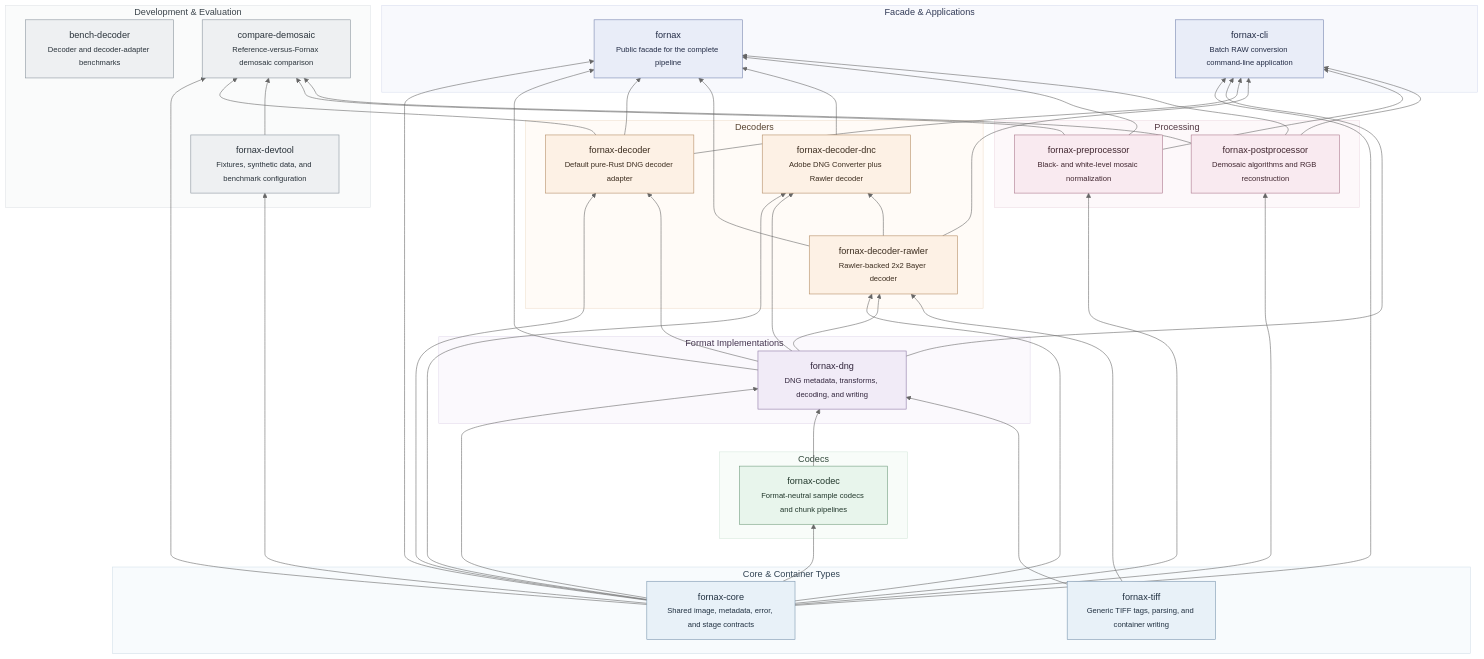
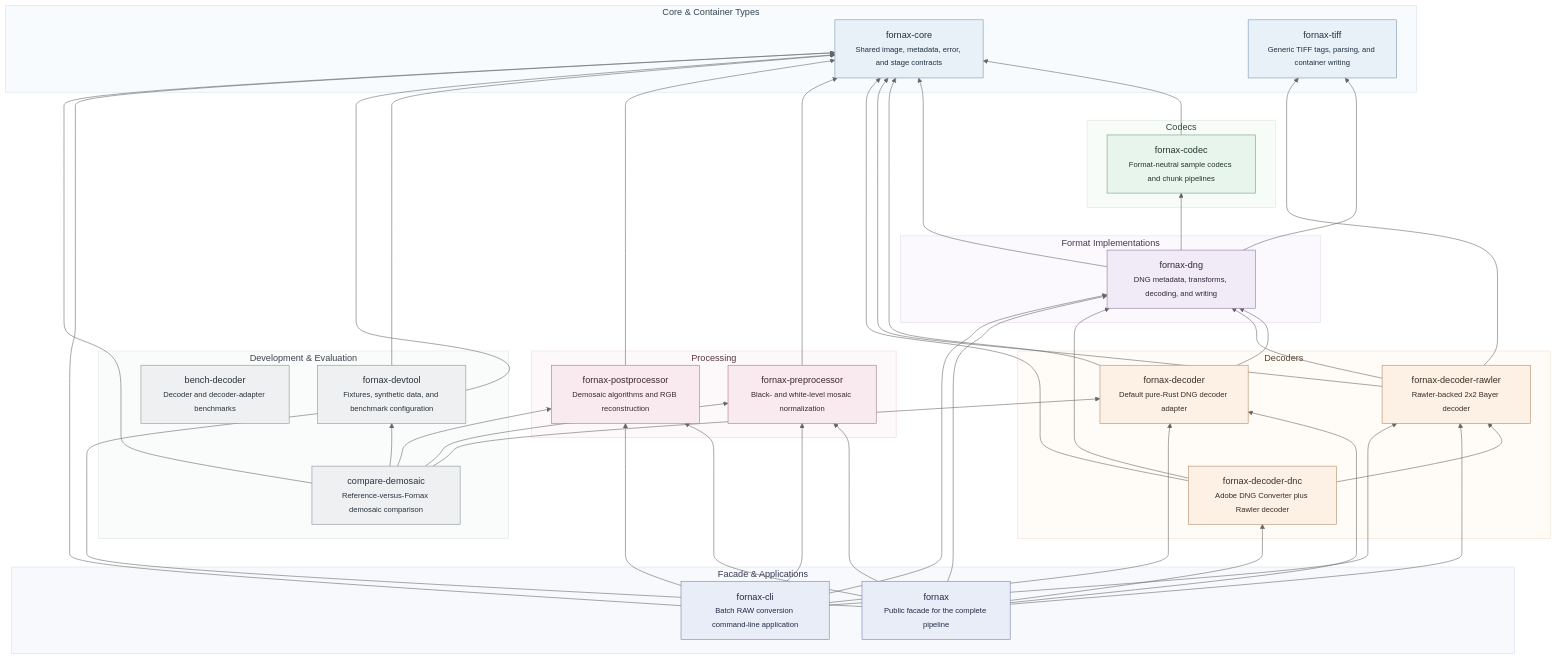
The diagram in README.md (Glatzel/fornax), drawn with Mermaid (neutral theme) before and after one commit. The commit also changed other lines of this file, not shown here.

Commit message:
docs: correct crate graph arrow direction

```diff
--- a/README.md
+++ b/README.md
@@ -77,44 +76,44 @@
         COMPARE_DEMOSAIC["compare-demosaic<br/><small>Reference-versus-Fornax demosaic comparison</small>"]
     end
 
-    FORNAX_CORE --> FORNAX_CODEC
-    FORNAX_CORE --> FORNAX_DNG
-    FORNAX_CODEC --> FORNAX_DNG
-    FORNAX_TIFF --> FORNAX_DNG
+    FORNAX_CODEC --> FORNAX_CORE
+    FORNAX_DNG --> FORNAX_CORE
+    FORNAX_DNG --> FORNAX_CODEC
+    FORNAX_DNG --> FORNAX_TIFF
 
-    FORNAX_CORE --> FORNAX_DECODER
-    FORNAX_DNG --> FORNAX_DECODER
-    FORNAX_CORE --> FORNAX_DECODER_RAWLER
-    FORNAX_DNG --> FORNAX_DECODER_RAWLER
-    FORNAX_TIFF --> FORNAX_DECODER_RAWLER
-    FORNAX_CORE --> FORNAX_DECODER_DNC
-    FORNAX_DNG --> FORNAX_DECODER_DNC
-    FORNAX_DECODER_RAWLER --> FORNAX_DECODER_DNC
+    FORNAX_DECODER --> FORNAX_CORE
+    FORNAX_DECODER --> FORNAX_DNG
+    FORNAX_DECODER_RAWLER --> FORNAX_CORE
+    FORNAX_DECODER_RAWLER --> FORNAX_DNG
+    FORNAX_DECODER_RAWLER --> FORNAX_TIFF
+    FORNAX_DECODER_DNC --> FORNAX_CORE
+    FORNAX_DECODER_DNC --> FORNAX_DNG
+    FORNAX_DECODER_DNC --> FORNAX_DECODER_RAWLER
 
-    FORNAX_CORE --> FORNAX_PREPROCESSOR
-    FORNAX_CORE --> FORNAX_POSTPROCESSOR
-    FORNAX_CORE --> FORNAX_DEVTOOL
+    FORNAX_PREPROCESSOR --> FORNAX_CORE
+    FORNAX_POSTPROCESSOR --> FORNAX_CORE
+    FORNAX_DEVTOOL --> FORNAX_CORE
 
-    FORNAX_CORE --> FORNAX
-    FORNAX_DNG --> FORNAX
-    FORNAX_DECODER --> FORNAX
-    FORNAX_DECODER_RAWLER --> FORNAX
-    FORNAX_DECODER_DNC --> FORNAX
-    FORNAX_PREPROCESSOR --> FORNAX
-    FORNAX_POSTPROCESSOR --> FORNAX
+    FORNAX --> FORNAX_CORE
+    FORNAX --> FORNAX_DNG
+    FORNAX --> FORNAX_DECODER
+    FORNAX --> FORNAX_DECODER_RAWLER
+    FORNAX --> FORNAX_DECODER_DNC
+    FORNAX --> FORNAX_PREPROCESSOR
+    FORNAX --> FORNAX_POSTPROCESSOR
 
-    FORNAX_CORE --> FORNAX_CLI
-    FORNAX_DNG --> FORNAX_CLI
-    FORNAX_DECODER --> FORNAX_CLI
-    FORNAX_DECODER_RAWLER --> FORNAX_CLI
-    FORNAX_PREPROCESSOR --> FORNAX_CLI
-    FORNAX_POSTPROCESSOR --> FORNAX_CLI
+    FORNAX_CLI --> FORNAX_CORE
+    FORNAX_CLI --> FORNAX_DNG
+    FORNAX_CLI --> FORNAX_DECODER
+    FORNAX_CLI --> FORNAX_DECODER_RAWLER
+    FORNAX_CLI --> FORNAX_PREPROCESSOR
+    FORNAX_CLI --> FORNAX_POSTPROCESSOR
 
-    FORNAX_CORE --> COMPARE_DEMOSAIC
-    FORNAX_DECODER --> COMPARE_DEMOSAIC
-    FORNAX_DEVTOOL --> COMPARE_DEMOSAIC
-    FORNAX_PREPROCESSOR --> COMPARE_DEMOSAIC
-    FORNAX_POSTPROCESSOR --> COMPARE_DEMOSAIC
+    COMPARE_DEMOSAIC --> FORNAX_CORE
+    COMPARE_DEMOSAIC --> FORNAX_DECODER
+    COMPARE_DEMOSAIC --> FORNAX_DEVTOOL
+    COMPARE_DEMOSAIC --> FORNAX_PREPROCESSOR
+    COMPARE_DEMOSAIC --> FORNAX_POSTPROCESSOR
 
     classDef shared fill:#e8f1f8,stroke:#7894ad,color:#203040,stroke-width:1px
     classDef codec fill:#e8f5ec,stroke:#6f9a7c,color:#20362a,stroke-width:1px
```
